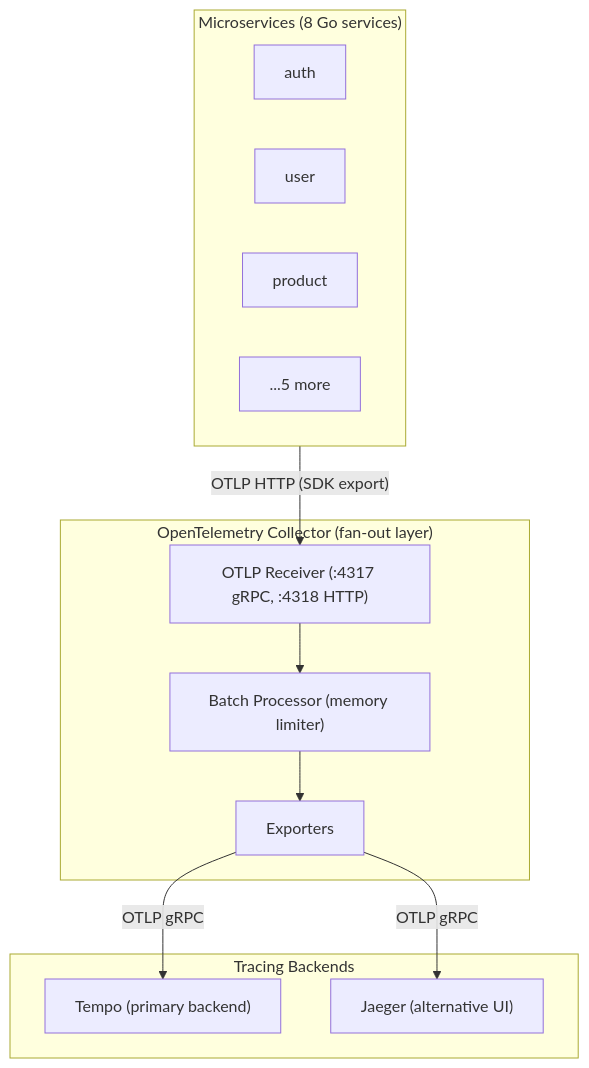
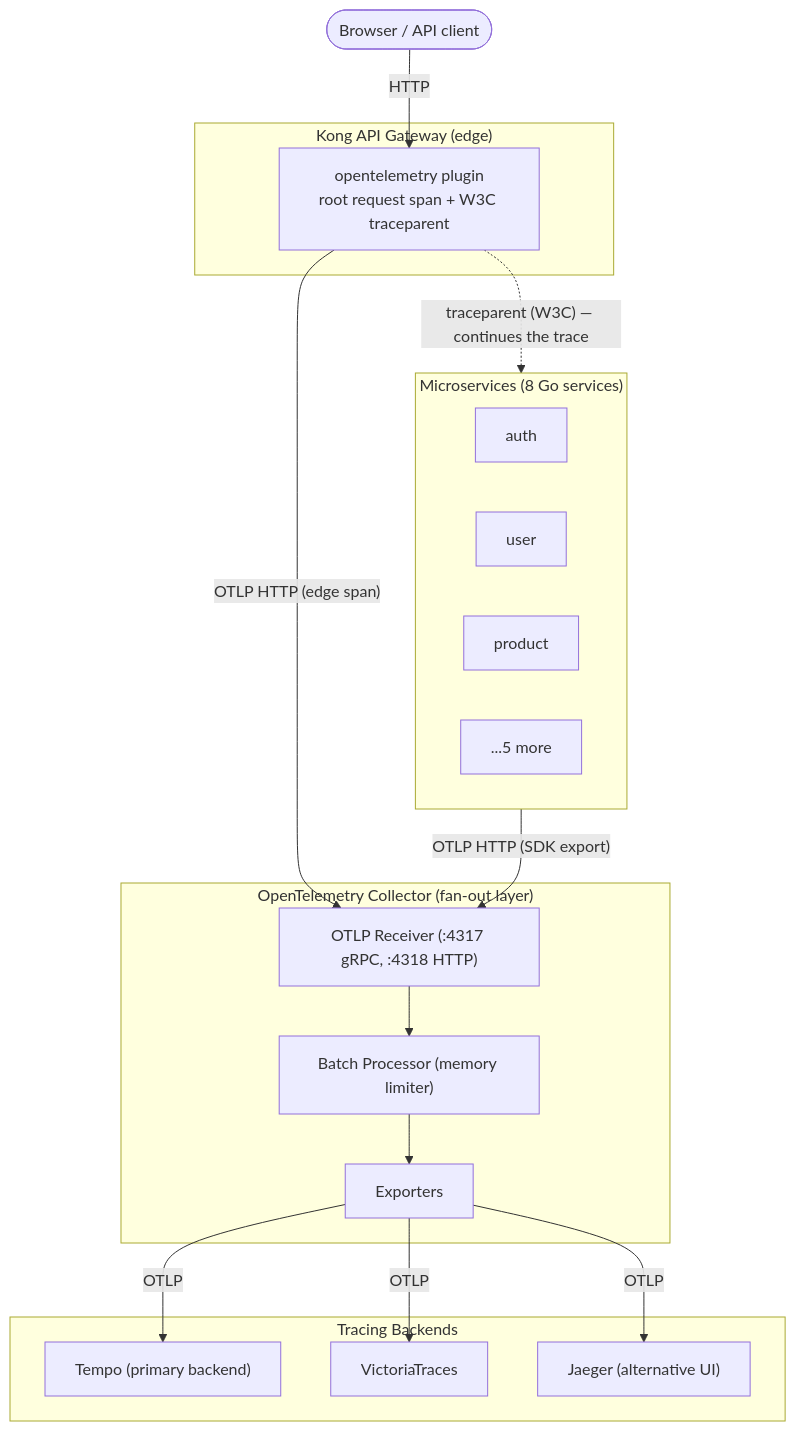
Before and after one commit to duynhlab/homelab: the first of 2 diagrams in docs/observability/tracing/architecture.md, drawn with Mermaid. The commit also changed other lines of this file and 18 other files, not shown here.

First line of the commit message:
Add Kong edge tracing + refresh docs to deployed reality (#411)

````diff
--- a/docs/observability/tracing/architecture.md
+++ b/docs/observability/tracing/architecture.md
@@ -11,26 +11,37 @@
 ```mermaid
 flowchart TB
+    Client([Browser / API client])
+
+    subgraph Edge["Kong API Gateway (edge)"]
+        Kong["opentelemetry plugin<br/>root request span + W3C traceparent"]
+    end
+
     subgraph Apps["Microservices (8 Go services)"]
         Auth[auth]
         User[user]
         Product[product]
         Others[...5 more]
     end
-    
+
     subgraph OTelCollector["OpenTelemetry Collector (fan-out layer)"]
         Receiver["OTLP Receiver (:4317 gRPC, :4318 HTTP)"]
         Processor["Batch Processor (memory limiter)"]
         Exporter[Exporters]
     end
-    
+
     subgraph Backends["Tracing Backends"]
         Tempo["Tempo (primary backend)"]
+        VT["VictoriaTraces"]
         Jaeger["Jaeger (alternative UI)"]
     end
-    
+
+    Client -->|HTTP| Kong
+    Kong -.->|"traceparent (W3C) — continues the trace"| Apps
+    Kong -->|"OTLP HTTP (edge span)"| Receiver
     Apps -->|"OTLP HTTP (SDK export)"| Receiver
     Receiver --> Processor
     Processor --> Exporter
-    Exporter -->|OTLP gRPC| Tempo
-    Exporter -->|OTLP gRPC| Jaeger
+    Exporter -->|OTLP| Tempo
+    Exporter -->|OTLP| VT
+    Exporter -->|OTLP| Jaeger
 ```
````
